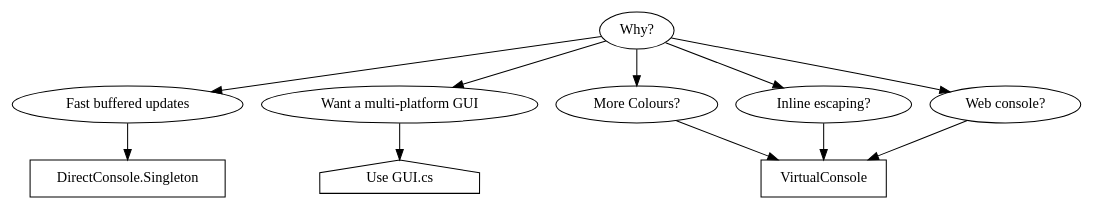
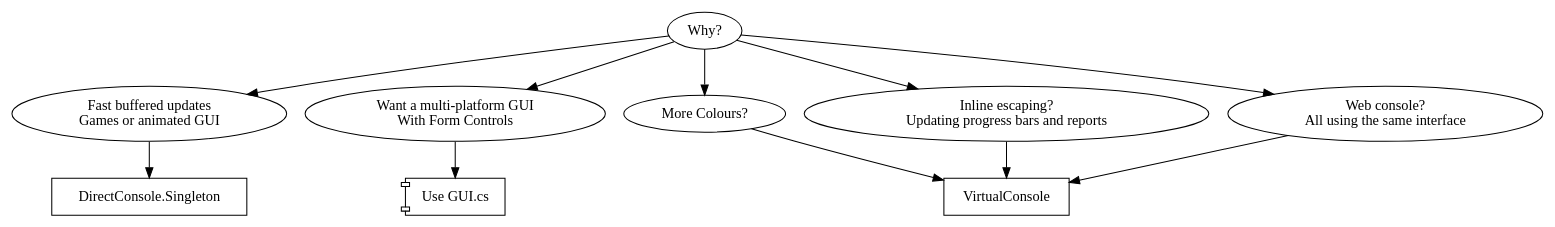
Before and after one commit to guylangston/ConsoleZ: the diagram in doc/why.dot, drawn with Graphviz.

Commit message:
More text

```diff
--- a/doc/why.dot
+++ b/doc/why.dot
@@ -1,27 +1,27 @@
 digraph g {
     a[label="Why?"];
-    b[label="Fast buffered updates"];
+    b[label="Fast buffered updates\nGames or animated GUI"];
     c[label="DirectConsole.Singleton" shape=rect ];
-    g[label="Want a multi-platform GUI"];
-    gg[label="Use GUI.cs" shape="house" href="https://www.nuget.org/packages/Terminal.Gui/"];
+    g[label="Want a multi-platform GUI\nWith Form Controls"];
+    gg[label="Use GUI.cs" shape="component" href="https://www.nuget.org/packages/Terminal.Gui/"];
 
     d[label="More Colours?"]
-    e[label="Inline escaping?"]
-    f[label="Web console?"]
+    e[label="Inline escaping?\n Updating progress bars and reports"]
+    f[label="Web console?\nAll using the same interface"]
 
     v[label="VirtualConsole" shape=rect ];
 
     a -> d;
     a -> e;
     a -> f;
 
     d -> v;
     e -> v;
     f -> v;
 
     a->b->c
 
     a->g->gg;
 
     
 }
```
